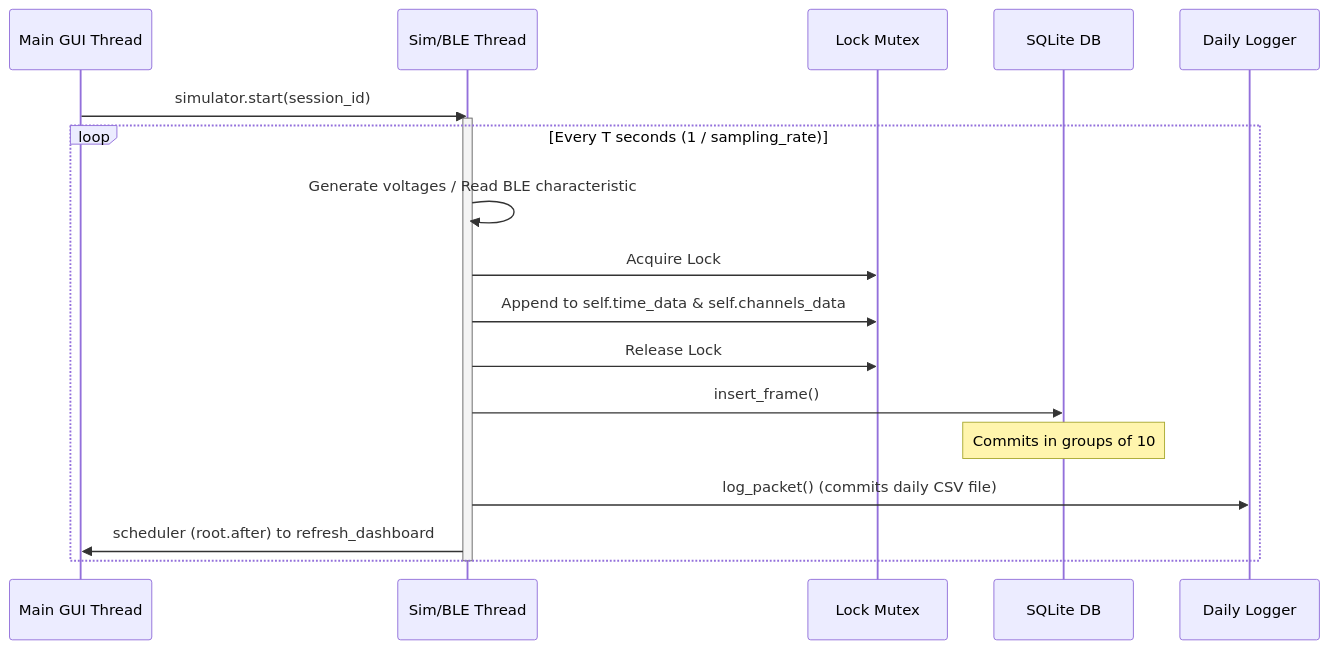
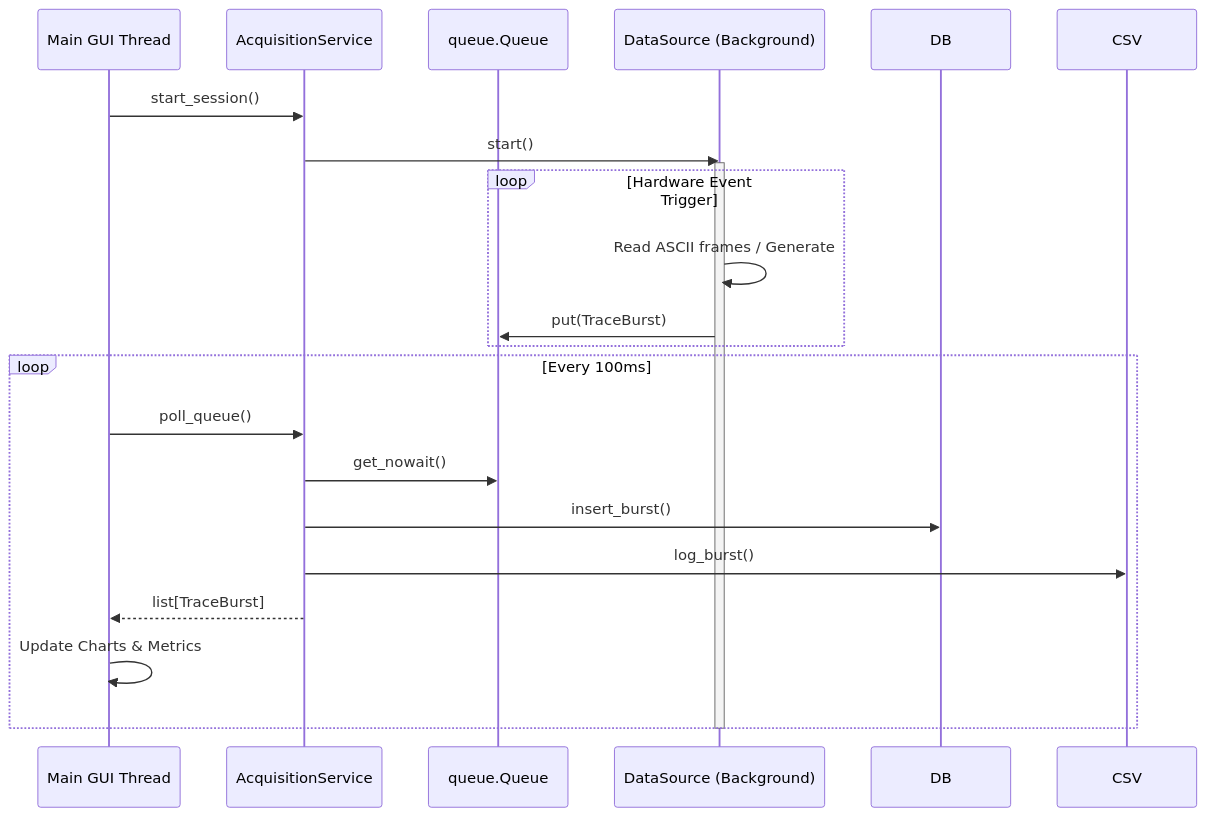
Before and after one commit to Pranit-DC/Telemetry_Dashboard: the diagram in docs/DOCUMENTATION.md, drawn with Mermaid. The commit also changed other lines of this file and 113 other files, not shown here.

````diff
--- a/docs/DOCUMENTATION.md
+++ b/docs/DOCUMENTATION.md
@@ -160,22 +68,26 @@
 ```mermaid
 sequenceDiagram
-    participant App as Main GUI Thread
-    participant Sim as Sim/BLE Thread
-    participant Lock as Lock Mutex
-    participant DB as SQLite DB
-    participant CSV as Daily Logger
+    participant UI as Main GUI Thread
+    participant Acq as AcquisitionService
+    participant Q as queue.Queue
+    participant Src as DataSource (Background)
 
-    App->>Sim: simulator.start(session_id)
-    activate Sim
-    loop Every T seconds (1 / sampling_rate)
-        Sim->>Sim: Generate voltages / Read BLE characteristic
-        Sim->>Lock: Acquire Lock
-        Sim->>Lock: Append to self.time_data & self.channels_data
-        Sim->>Lock: Release Lock
-        Sim->>DB: insert_frame()
-        Note over DB: Commits in groups of 10
-        Sim->>CSV: log_packet() (commits daily CSV file)
-        Sim->>App: scheduler (root.after) to refresh_dashboard
+    UI->>Acq: start_session()
+    Acq->>Src: start()
+    activate Src
+    
+    loop Hardware Event Trigger
+        Src->>Src: Read ASCII frames / Generate
+        Src->>Q: put(TraceBurst)
     end
-    deactivate Sim
+    
+    loop Every 100ms
+        UI->>Acq: poll_queue()
+        Acq->>Q: get_nowait()
+        Acq->>DB: insert_burst()
+        Acq->>CSV: log_burst()
+        Acq-->>UI: list[TraceBurst]
+        UI->>UI: Update Charts & Metrics
+    end
+    deactivate Src
 ```
````
